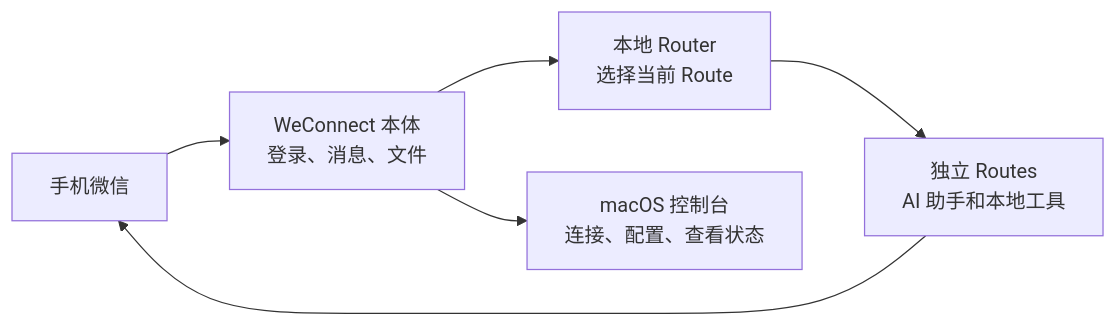
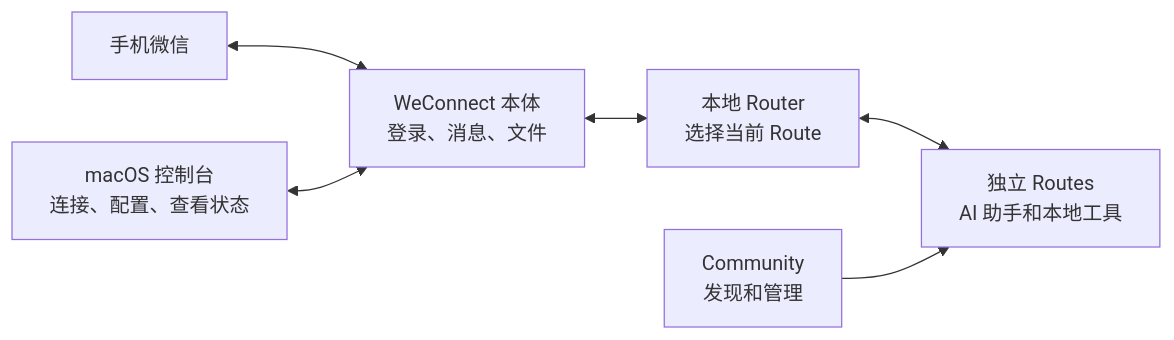
One commit to WillbsoluteVodka/wechat2all changed the diagram in README.zh_CN.md. Above: the diagram before and after it, drawn with Mermaid. The commit also changed other lines of this file and 1 other file, not shown here.

Commit message:
Highlight Community route flexibility

````diff
--- a/README.zh_CN.md
+++ b/README.zh_CN.md
@@ -77,8 +101,8 @@
 ```mermaid
 flowchart LR
-  W["手机微信"] --> C["WeConnect 本体<br/>登录、消息、文件"]
-  C --> R["本地 Router<br/>选择当前 Route"]
-  R --> P["独立 Routes<br/>AI 助手和本地工具"]
-  C --> D["macOS 控制台<br/>连接、配置、查看状态"]
-  P --> W
+  W["手机微信"] <--> C["WeConnect 本体<br/>登录、消息、文件"]
+  C <--> R["本地 Router<br/>选择当前 Route"]
+  R <--> P["独立 Routes<br/>AI 助手和本地工具"]
+  M["Community<br/>发现和管理"] --> P
+  D["macOS 控制台<br/>连接、配置、查看状态"] <--> C
 ```
````
